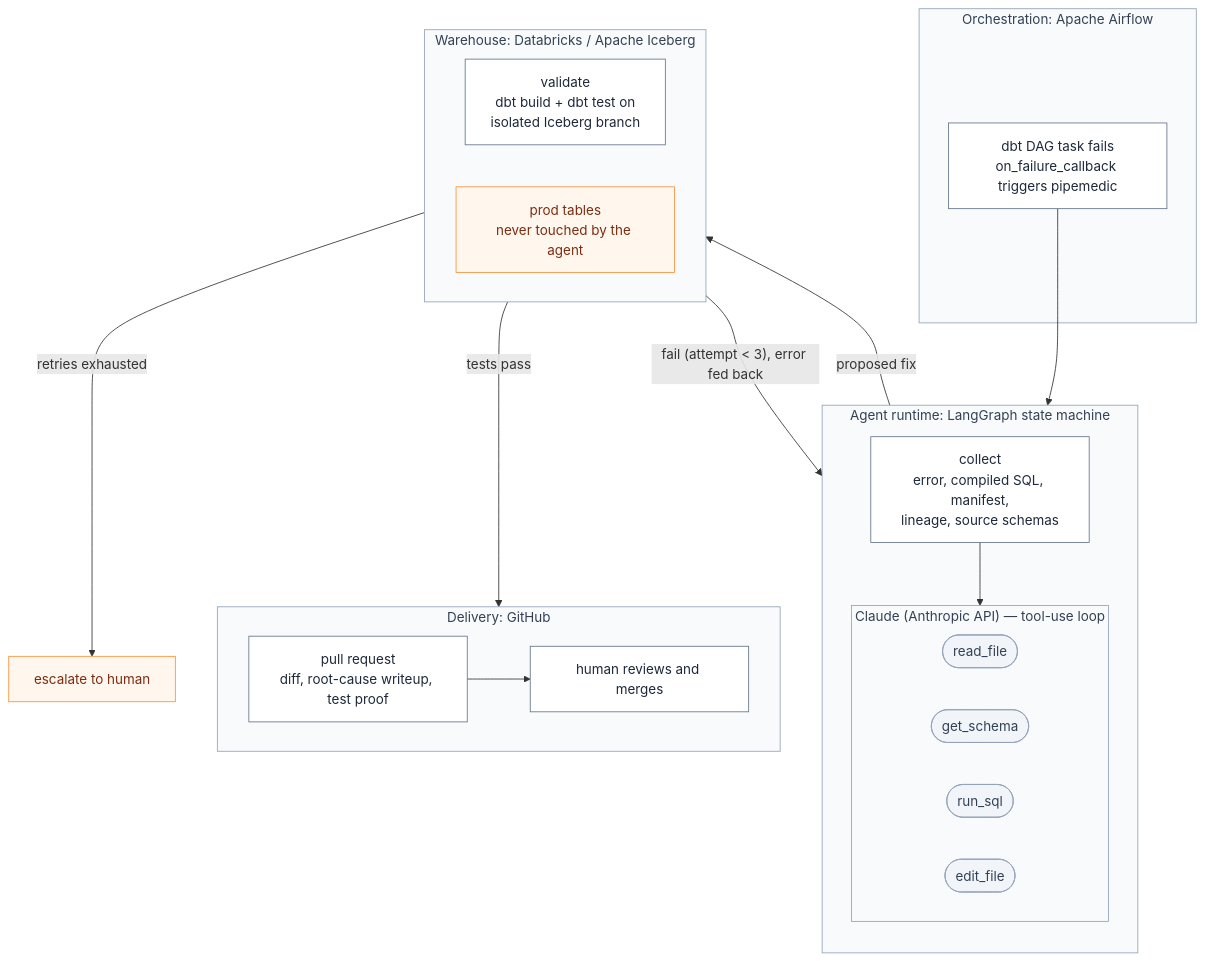
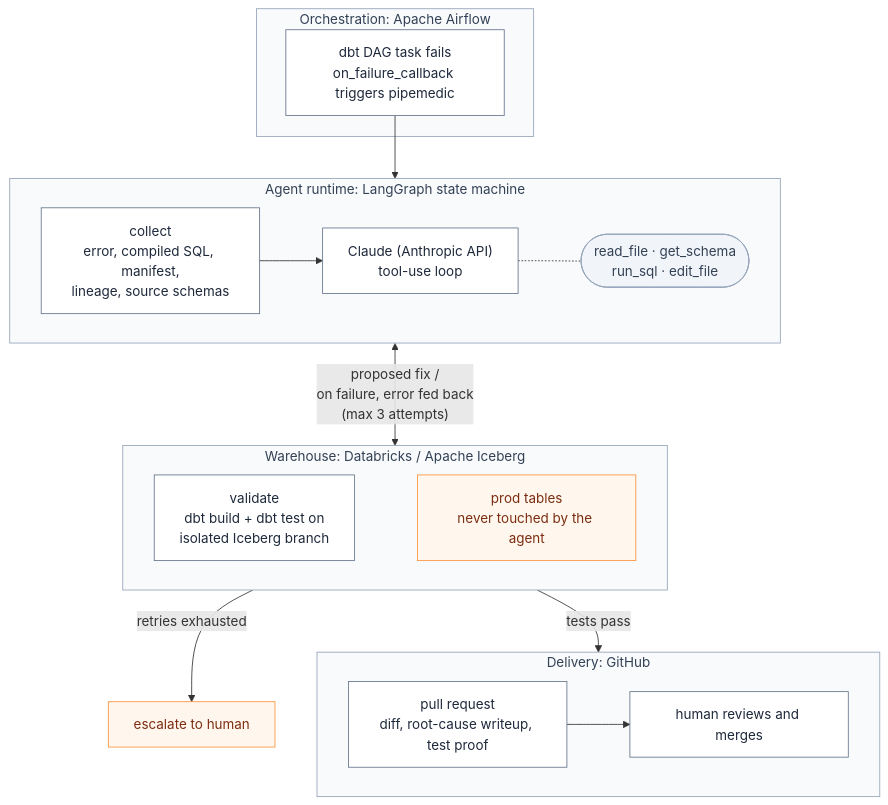
The diagram in README.md (kidskoding/pipemedic), drawn with Mermaid before and after one commit.

Commit message:
docs: fix diagram layout — bidirectional validate edge removes cycle, zones stack vertically

````diff
--- a/README.md
+++ b/README.md
@@ -19,52 +19,46 @@
 ```mermaid
 flowchart TB
     subgraph ORCH ["Orchestration: Apache Airflow"]
         AF["dbt DAG task fails<br/>on_failure_callback triggers pipemedic"]
     end
 
     subgraph RUNTIME ["Agent runtime: LangGraph state machine"]
-        direction TB
+        direction LR
         COLLECT["collect<br/>error, compiled SQL, manifest,<br/>lineage, source schemas"]
-
-        subgraph LLM ["Claude (Anthropic API) — tool-use loop"]
-            direction LR
-            T1(["read_file"])
-            T2(["get_schema"])
-            T3(["run_sql"])
-            T4(["edit_file"])
-        end
-
-        COLLECT --> LLM
+        AGENT["Claude (Anthropic API)<br/>tool-use loop"]
+        TOOLS(["read_file &middot; get_schema<br/>run_sql &middot; edit_file"])
+        COLLECT --> AGENT
+        AGENT -.- TOOLS
     end
 
     subgraph DBX ["Warehouse: Databricks / Apache Iceberg"]
         direction LR
         BR["validate<br/>dbt build + dbt test on<br/>isolated Iceberg branch"]
         PROD["prod tables<br/>never touched by the agent"]
+        BR ~~~ PROD
     end
 
     subgraph GH ["Delivery: GitHub"]
         direction LR
         PR["pull request<br/>diff, root-cause writeup, test proof"]
         HUMAN["human reviews and merges"]
         PR --> HUMAN
     end
 
     ESC["escalate to human"]
 
     AF --> COLLECT
-    LLM -- "proposed fix" --> BR
-    BR -- "fail (attempt < 3), error fed back" --> LLM
+    AGENT <-- "proposed fix /<br/>on failure, error fed back<br/>(max 3 attempts)" --> BR
     BR -- "tests pass" --> PR
     BR -- "retries exhausted" --> ESC
 
     classDef zone fill:#f8fafc,stroke:#94a3b8,color:#334155
     classDef node fill:#ffffff,stroke:#64748b,color:#1e293b
     classDef tool fill:#f1f5f9,stroke:#94a3b8,color:#334155
     classDef guard fill:#fff7ed,stroke:#fb923c,color:#7c2d12
 
-    class ORCH,RUNTIME,LLM,DBX,GH zone
-    class AF,COLLECT,BR,PR,HUMAN node
-    class T1,T2,T3,T4 tool
+    class ORCH,RUNTIME,DBX,GH zone
+    class AF,COLLECT,AGENT,BR,PR,HUMAN node
+    class TOOLS tool
     class PROD,ESC guard
 ```
````
